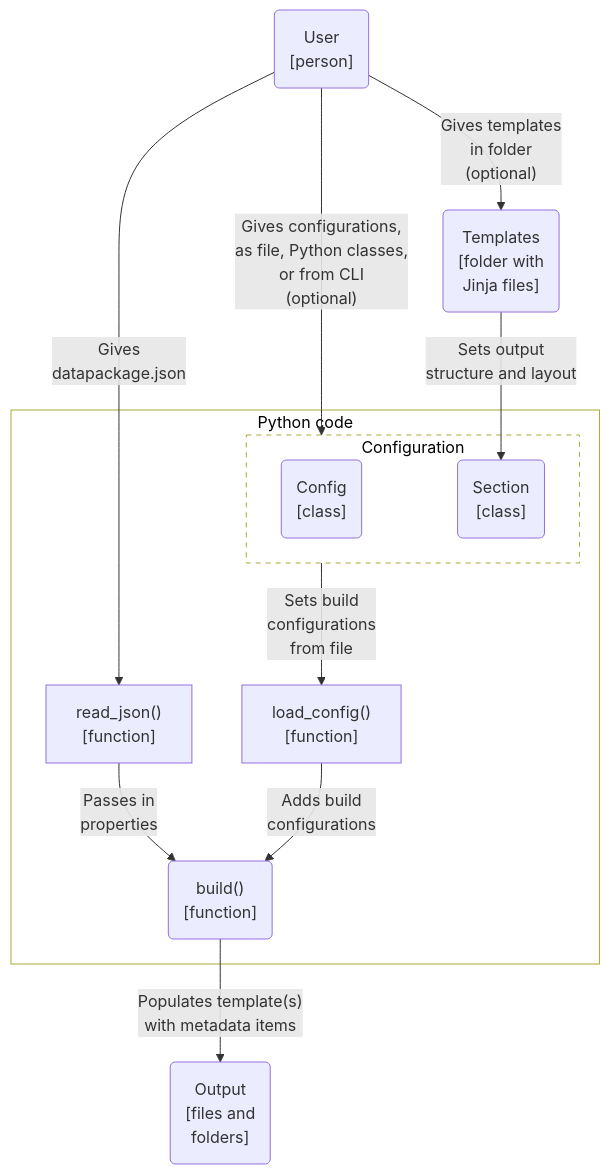
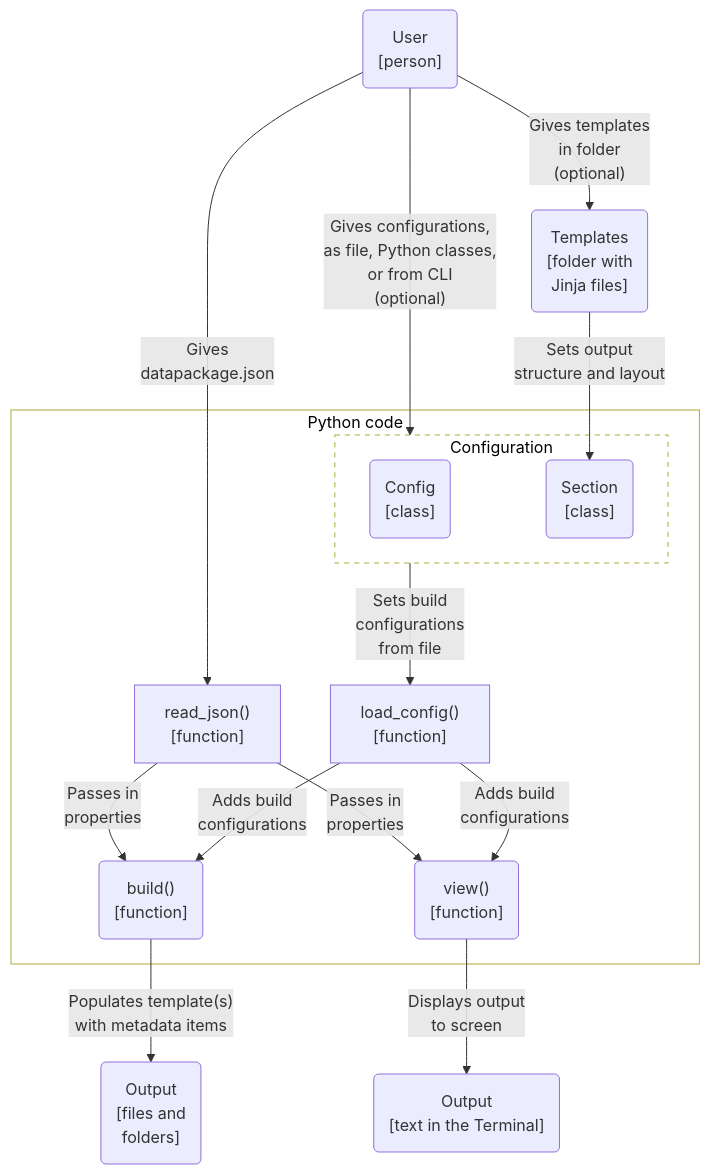
One commit to seedcase-project/seedcase-flower changed the third of 3 diagrams in docs/design/architecture.qmd. Above: the diagram before and after it, drawn with Mermaid.

Commit message:
docs: :building_construction: added `view()` functionality to C4 model (#104)
This was missing from the C4 model.

Needs a quick review.

- [x] Formatted Markdown
- [x] Ran `just run-all`

---------

````diff
--- a/docs/design/architecture.qmd
+++ b/docs/design/architecture.qmd
@@ -235,36 +235,39 @@
 ```{mermaid}
 %%| label: fig-c4-component
 %%| fig-cap: "C4 component diagram showing the parts of the Python package that contribute to the CLI and their connections."
 flowchart
 
     subgraph python_package["Python code"]
 
         subgraph config_file["Configuration"]
             config("Config<br>[class]")
             section("Section<br>[class]")
         end
 
         load_config["load_config()<br>[function]"]
         read_json["read_json()<br>[function]"]
         build("build()<br>[function]")
+        view("view()<br>[function]")
 
         config_file -- "Sets build<br>configurations<br>from file" --> load_config
 
-        read_json --"Passes in<br>properties"--> build
-        load_config -- "Adds build<br>configurations" --> build
+        read_json --"Passes in<br>properties"--> build & view
+        load_config -- "Adds build<br>configurations" --> build & view
     end
 
     templates("Templates<br>[folder with<br>Jinja files]")
     user("User<br>[person]")
-    output("Output<br>[files and<br>folders]")
+    output_files("Output<br>[files and<br>folders]")
+    output_screen("Output<br>[text in the Terminal]")
 
     templates --"Sets output<br>structure and layout"--> section
     user --"Gives<br>datapackage.json"--> read_json
     user --"Gives configurations,<br>as file, Python classes,<br>or from CLI<br>(optional)"--> config_file
     user --"Gives templates<br>in folder<br>(optional)"--> templates
-    build --"Populates template(s)<br>with metadata items"--> output
+    build --"Populates template(s)<br>with metadata items"--> output_files
+    view --"Displays output<br>to screen"--> output_screen
 
     %% Styling
     style python_package fill:#FFFFFF, color:#000000
     style config_file fill:#FFFFFF, color:#000000, stroke-dasharray: 5 5
 ```
````
